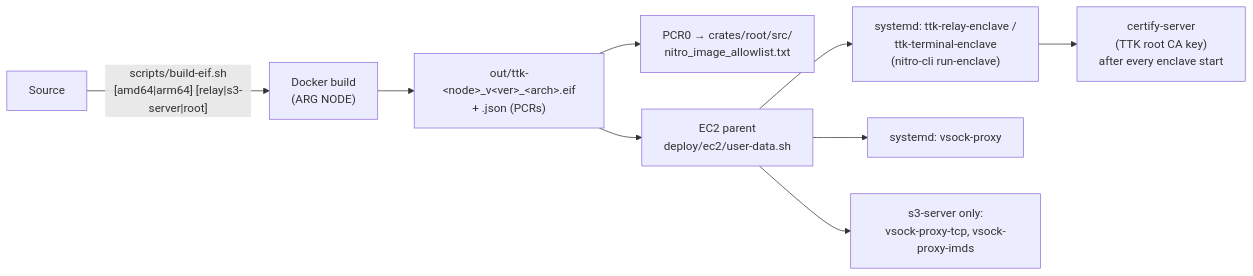
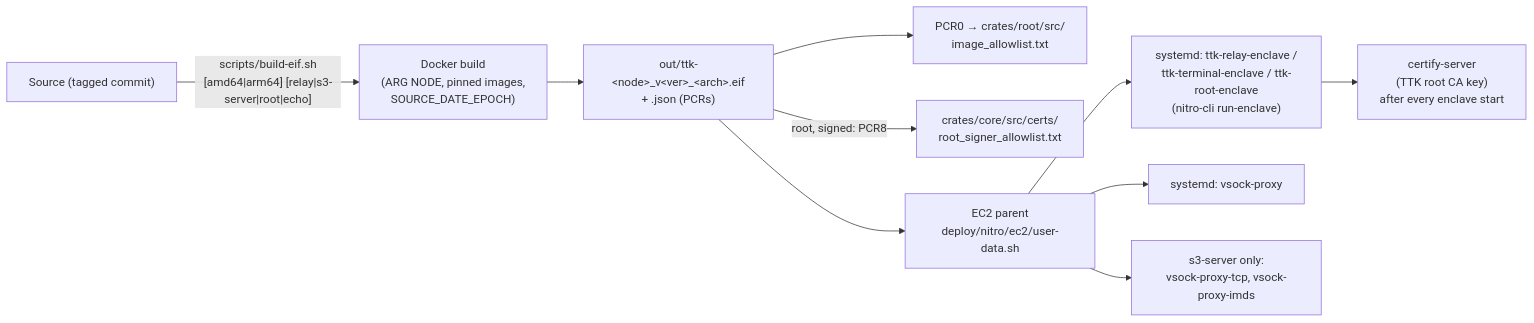
Before and after one commit to Lanetus/TTKServer: diagram 11 of 11 in docs/src/ARCHITECTURE.md, drawn with Mermaid. The commit also changed other lines of this file and 6 other files, not shown here.

First line of the commit message:
fix: update the mdBook architecture docs to v6.5.0 (#103)

````diff
--- a/docs/src/ARCHITECTURE.md
+++ b/docs/src/ARCHITECTURE.md
@@ -575,11 +598,12 @@
 ```mermaid
 flowchart LR
-    src["Source"] -- "scripts/build-eif.sh<br/>[amd64|arm64] [relay|s3-server|root]" --> docker["Docker build<br/>(ARG NODE)"]
+    src["Source (tagged commit)"] -- "scripts/build-eif.sh<br/>[amd64|arm64] [relay|s3-server|root|echo]" --> docker["Docker build<br/>(ARG NODE, pinned images,<br/>SOURCE_DATE_EPOCH)"]
     docker --> eif["out/ttk-&lt;node&gt;_v&lt;ver&gt;_&lt;arch&gt;.eif<br/>+ .json (PCRs)"]
-    eif --> allow["PCR0 → crates/root/src/<br/>nitro_image_allowlist.txt"]
-    eif --> ec2["EC2 parent<br/>deploy/ec2/user-data.sh"]
-    ec2 --> u1["systemd: ttk-relay-enclave /<br/>ttk-terminal-enclave<br/>(nitro-cli run-enclave)"]
+    eif --> allow["PCR0 → crates/root/src/<br/>image_allowlist.txt"]
+    eif -- "root, signed: PCR8" --> pins["crates/core/src/certs/<br/>root_signer_allowlist.txt"]
+    eif --> ec2["EC2 parent<br/>deploy/nitro/ec2/user-data.sh"]
+    ec2 --> u1["systemd: ttk-relay-enclave /<br/>ttk-terminal-enclave / ttk-root-enclave<br/>(nitro-cli run-enclave)"]
     ec2 --> u2["systemd: vsock-proxy"]
     ec2 --> u3["s3-server only:<br/>vsock-proxy-tcp, vsock-proxy-imds"]
     u1 --> auth["certify-server<br/>(TTK root CA key)<br/>after every enclave start"]
 ```
````
